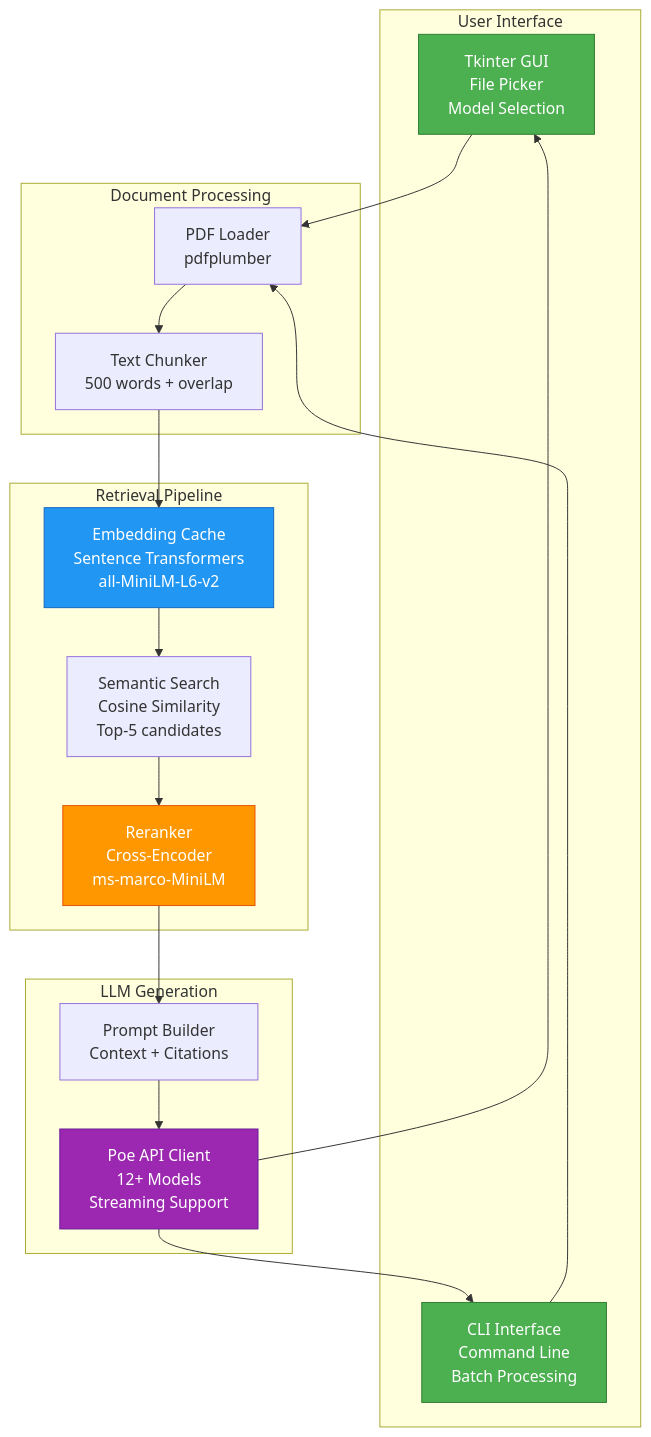
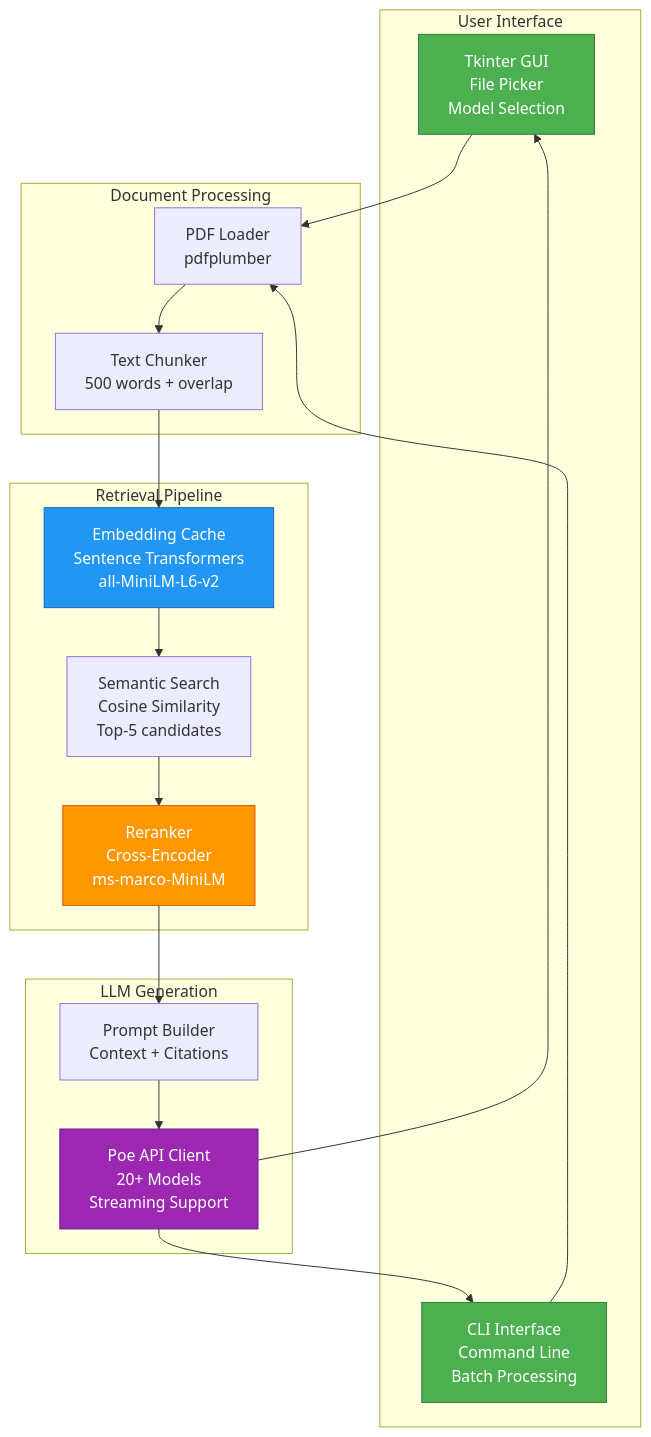
Before and after one commit to wedsamuel1230/feeding-llm-pdf-test: the first of 2 diagrams in README.md, drawn with Mermaid. The commit also changed other lines of this file and 3 other files, not shown here.

````diff
--- a/README.md
+++ b/README.md
@@ -36,41 +36,41 @@
 ```mermaid
 flowchart TB
     subgraph "User Interface"
         GUI["Tkinter GUI<br/>File Picker<br/>Model Selection"]
         CLI["CLI Interface<br/>Command Line<br/>Batch Processing"]
     end
     
     subgraph "Document Processing"
         PDF["PDF Loader<br/>pdfplumber"]
         CHUNK["Text Chunker<br/>500 words + overlap"]
         PDF --> CHUNK
     end
     
     subgraph "Retrieval Pipeline"
         EMB["Embedding Cache<br/>Sentence Transformers<br/>all-MiniLM-L6-v2"]
         SEARCH["Semantic Search<br/>Cosine Similarity<br/>Top-5 candidates"]
         RERANK["Reranker<br/>Cross-Encoder<br/>ms-marco-MiniLM"]
         
         SEARCH --> RERANK
     end
     
     subgraph "LLM Generation"
-        POE["Poe API Client<br/>12+ Models<br/>Streaming Support"]
+        POE["Poe API Client<br/>20+ Models<br/>Streaming Support"]
         PROMPT["Prompt Builder<br/>Context + Citations"]
         
         PROMPT --> POE
     end
     
     GUI & CLI --> PDF
     CHUNK --> EMB
     EMB --> SEARCH
     RERANK --> PROMPT
     POE --> GUI
     POE --> CLI
     
     style GUI fill:#4CAF50,stroke:#2E7D32,color:#fff
     style CLI fill:#4CAF50,stroke:#2E7D32,color:#fff
     style EMB fill:#2196F3,stroke:#1565C0,color:#fff
     style RERANK fill:#FF9800,stroke:#E65100,color:#fff
     style POE fill:#9C27B0,stroke:#6A1B9A,color:#fff
 ```
````
